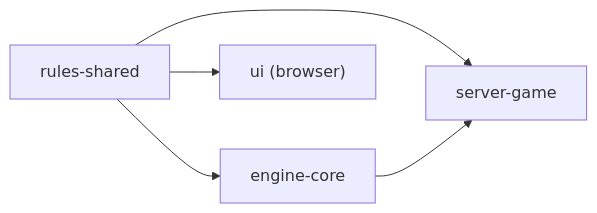
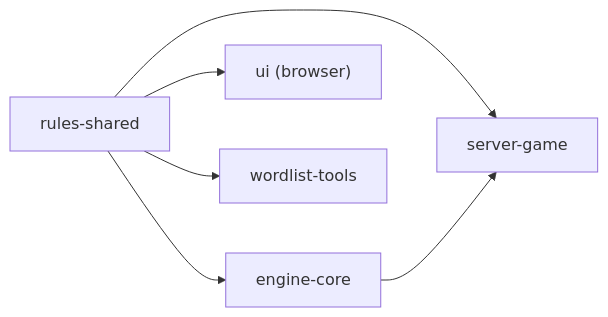
The diagram in docs/4.2.1-rules-engine.md (delphside/tile-lite-elite), drawn with Mermaid before and after one commit. The commit also changed other lines of this file and 35 other files, not shown here.

````diff
--- a/docs/4.2.1-rules-engine.md
+++ b/docs/4.2.1-rules-engine.md
@@ -32,7 +34,8 @@
 ```mermaid
 flowchart LR
     R[rules-shared] --> E[engine-core]
     R --> S[server-game]
     E --> S
     R --> U["ui (browser)"]
+    R --> W[wordlist-tools]
 ```
````
